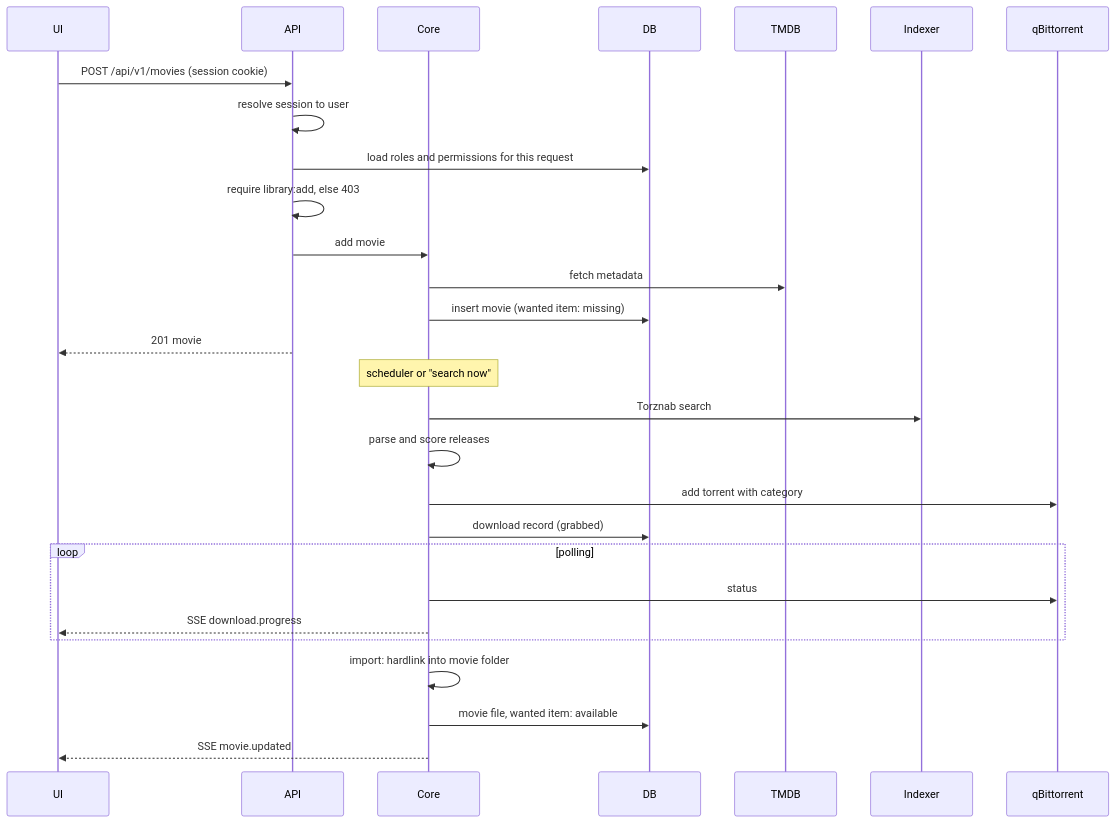
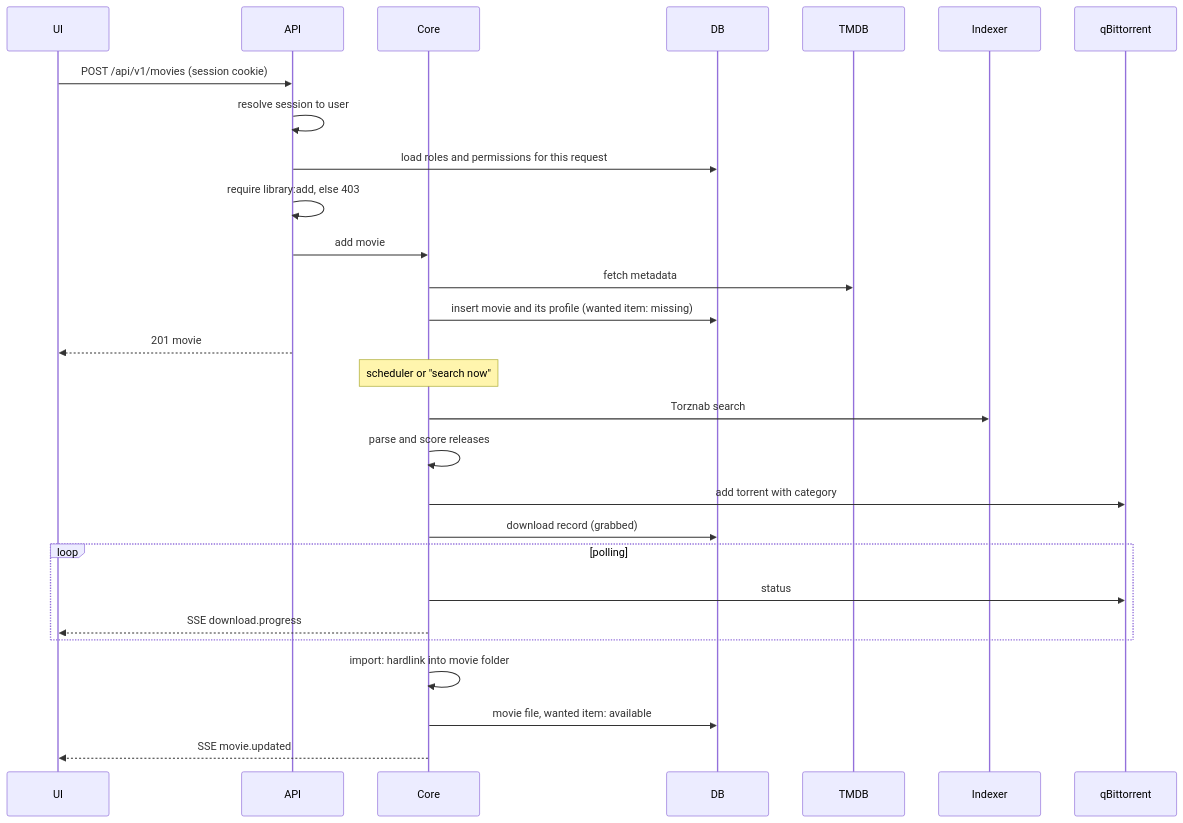
Before and after one commit to CodexisPhantom/unseen: the second of 2 diagrams in docs/02-architecture.md, drawn with Mermaid. The commit also changed other lines of this file and 18 other files, not shown here.

````diff
--- a/docs/02-architecture.md
+++ b/docs/02-architecture.md
@@ -62,30 +63,30 @@
 ```mermaid
 sequenceDiagram
   participant UI
   participant API
   participant Core
   participant DB
   participant TMDB
   participant IDX as Indexer
   participant QB as qBittorrent
   UI->>API: POST /api/v1/movies (session cookie)
   API->>API: resolve session to user
   API->>DB: load roles and permissions for this request
   API->>API: require library:add, else 403
   API->>Core: add movie
   Core->>TMDB: fetch metadata
-  Core->>DB: insert movie (wanted item: missing)
+  Core->>DB: insert movie and its profile (wanted item: missing)
   API-->>UI: 201 movie
   Note over Core: scheduler or "search now"
   Core->>IDX: Torznab search
   Core->>Core: parse and score releases
   Core->>QB: add torrent with category
   Core->>DB: download record (grabbed)
   loop polling
     Core->>QB: status
     Core-->>UI: SSE download.progress
   end
   Core->>Core: import: hardlink into movie folder
   Core->>DB: movie file, wanted item: available
   Core-->>UI: SSE movie.updated
 ```
````
